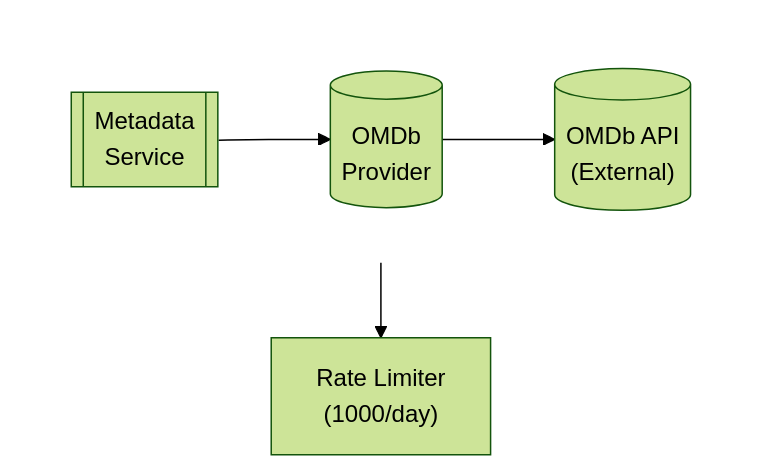
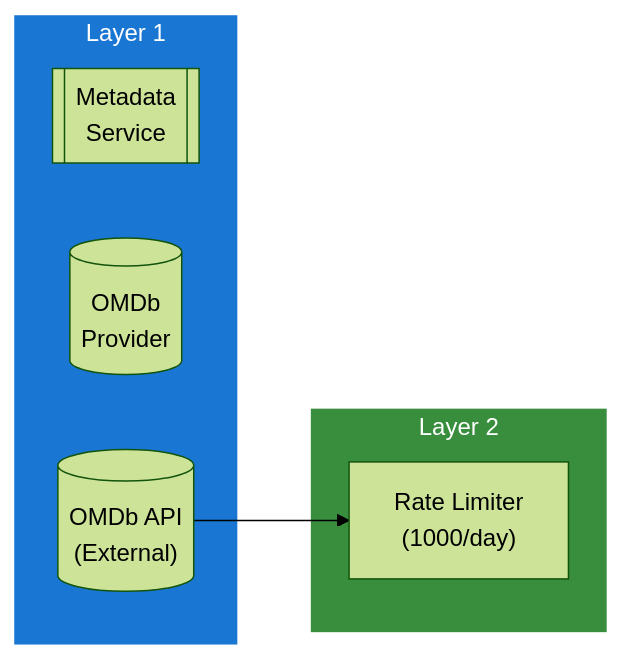
One commit to lusoris/revenge changed the diagram in docs/dev/design/integrations/metadata/video/OMDB.md. Above: the diagram before and after it, drawn with Mermaid (forest theme). The commit also changed 215 other files, not shown here.

First line of the commit message:
feat(diagrams): convert all ASCII diagrams to Mermaid with LR subgraphs

````diff
--- a/docs/dev/design/integrations/metadata/video/OMDB.md
+++ b/docs/dev/design/integrations/metadata/video/OMDB.md
@@ -59,16 +59,19 @@
 ```mermaid
-flowchart TD
-    subgraph row1[ ]
-        direction LR
+flowchart LR
+    subgraph Layer1["Layer 1"]
         node1[["Metadata<br/>Service"]]
         node2[("OMDb<br/>Provider")]
         node3[("OMDb API<br/>(External)")]
     end
-    node4["Rate Limiter<br/>(1000/day)"]
-    node1 --> node2
-    node2 --> node3
+
+    subgraph Layer2["Layer 2"]
+        node4["Rate Limiter<br/>(1000/day)"]
+    end
+
+    %% Connections
     node3 --> node4
 
-    %% Hide row subgraph borders
-    style row1 fill:transparent,stroke:transparent
+    %% Styling
+    style Layer1 fill:#1976D2,stroke:#1976D2,color:#fff
+    style Layer2 fill:#388E3C,stroke:#388E3C,color:#fff
 ```
````
